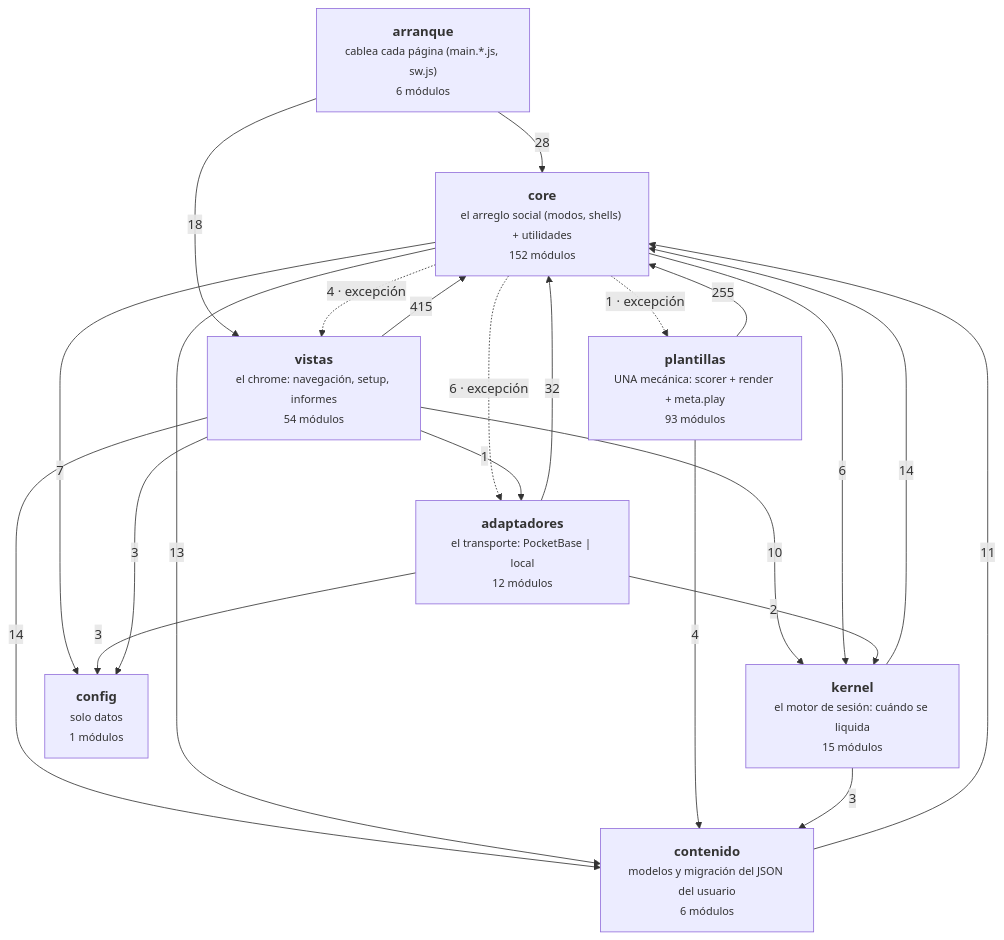
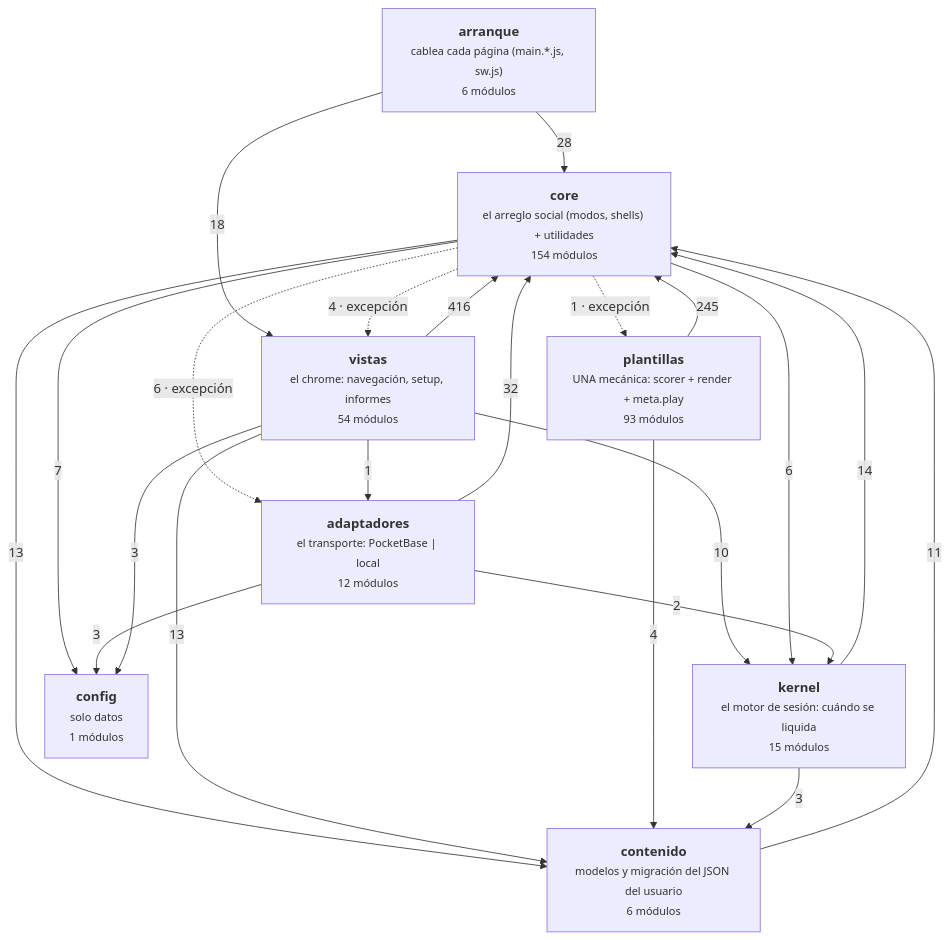
The diagram in docs/arquitectura-modulos.md (duecaz/ac), drawn with Mermaid before and after one commit. The commit also changed other lines of this file and 74 other files, not shown here.

````diff
--- a/docs/arquitectura-modulos.md
+++ b/docs/arquitectura-modulos.md
@@ -56,32 +56,32 @@
 ```mermaid
 graph TD
   A["<b>arranque</b><br/><small>cablea cada página (main.*.js, sw.js)</small><br/><small>6 módulos</small>"]
   V["<b>vistas</b><br/><small>el chrome: navegación, setup, informes</small><br/><small>54 módulos</small>"]
   AD["<b>adaptadores</b><br/><small>el transporte: PocketBase | local</small><br/><small>12 módulos</small>"]
-  C["<b>core</b><br/><small>el arreglo social (modos, shells) + utilidades</small><br/><small>152 módulos</small>"]
+  C["<b>core</b><br/><small>el arreglo social (modos, shells) + utilidades</small><br/><small>154 módulos</small>"]
   K["<b>kernel</b><br/><small>el motor de sesión: cuándo se liquida</small><br/><small>15 módulos</small>"]
   T["<b>plantillas</b><br/><small>UNA mecánica: scorer + render + meta.play</small><br/><small>93 módulos</small>"]
   CO["<b>contenido</b><br/><small>modelos y migración del JSON del usuario</small><br/><small>6 módulos</small>"]
   CF["<b>config</b><br/><small>solo datos</small><br/><small>1 módulos</small>"]
-  V -->|415| C
-  T -->|255| C
+  V -->|416| C
+  T -->|245| C
   AD -->|32| C
   A -->|28| C
   A -->|18| V
   K -->|14| C
-  V -->|14| CO
   C -->|13| CO
+  V -->|13| CO
   CO -->|11| C
   V -->|10| K
   C -->|7| CF
   C -->|6| K
   C -.->|6 · excepción| AD
   C -.->|4 · excepción| V
   T -->|4| CO
   AD -->|3| CF
   K -->|3| CO
   V -->|3| CF
   AD -->|2| K
   C -.->|1 · excepción| T
   V -->|1| AD
 ```
````
